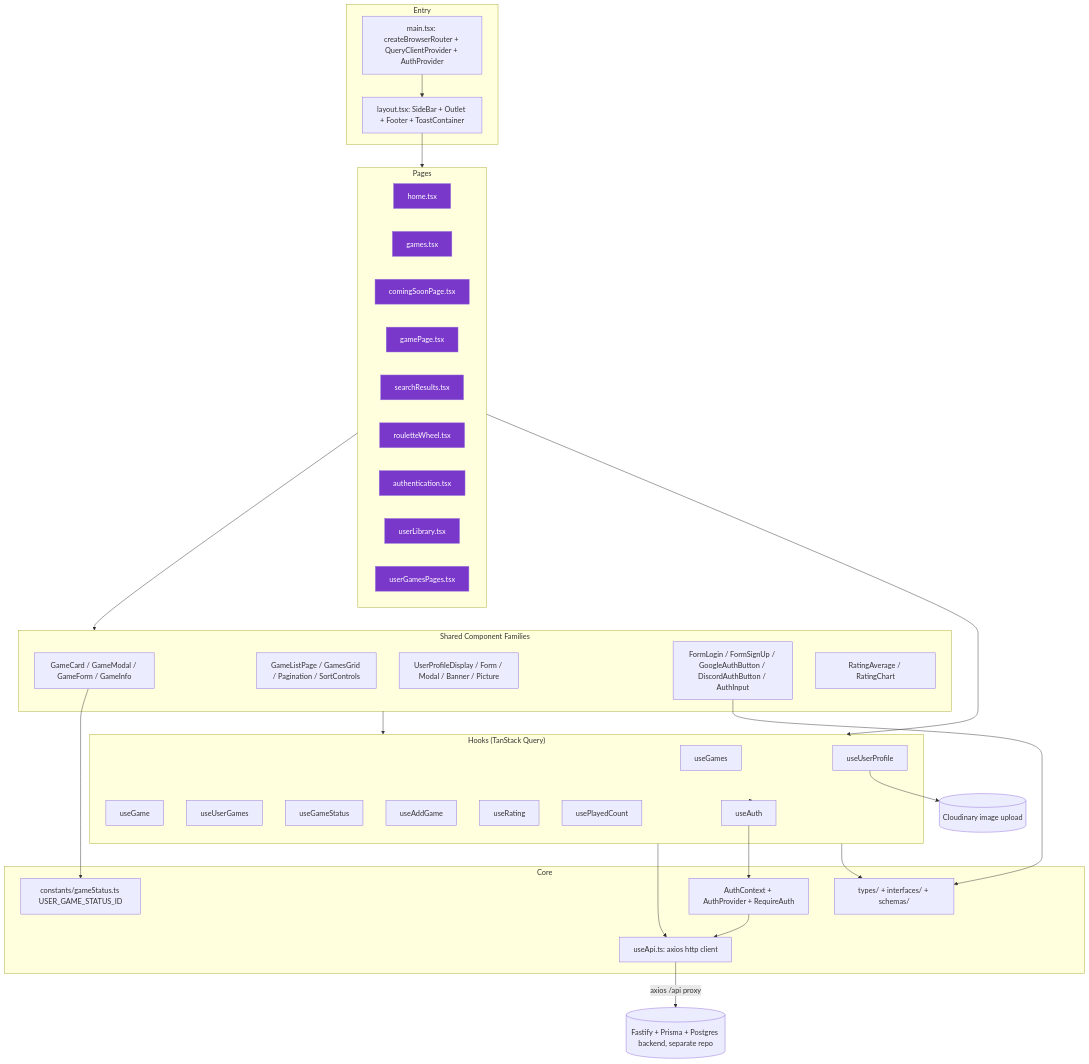
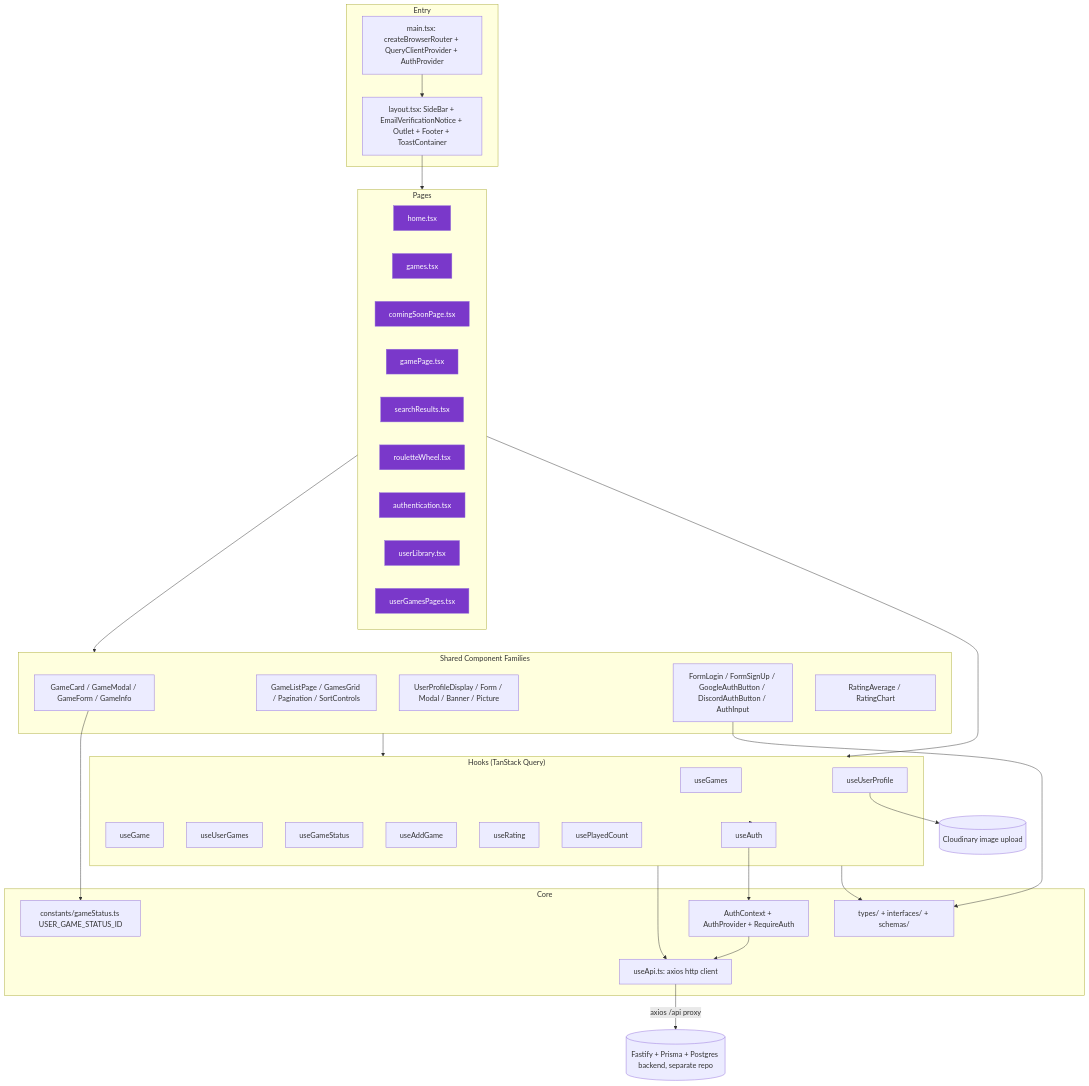
Before and after one commit to MathQuente/lib-front-end: the first of 2 diagrams in docs/CODEBASE_MAP.md, drawn with Mermaid. The commit also changed other lines of this file and 9 other files, not shown here.

````diff
--- a/docs/CODEBASE_MAP.md
+++ b/docs/CODEBASE_MAP.md
@@ -15,65 +15,65 @@
 ```mermaid
 graph TD
   subgraph Entry
     main[main.tsx: createBrowserRouter + QueryClientProvider + AuthProvider]
-    layout[layout.tsx: SideBar + Outlet + Footer + ToastContainer]
+    layout[layout.tsx: SideBar + EmailVerificationNotice + Outlet + Footer + ToastContainer]
   end
 
   subgraph Pages
     home[home.tsx]
     games[games.tsx]
     comingSoon[comingSoonPage.tsx]
     gamePage[gamePage.tsx]
     search[searchResults.tsx]
     roulette[rouletteWheel.tsx]
     auth[authentication.tsx]
     userLib[userLibrary.tsx]
     userLibStatus[userGamesPages.tsx]
   end
 
   subgraph SharedComponents["Shared Component Families"]
     gameFamily["GameCard / GameModal / GameForm / GameInfo"]
     listFamily["GameListPage / GamesGrid / Pagination / SortControls"]
     userProfileFamily["UserProfileDisplay / Form / Modal / Banner / Picture"]
     authForms["FormLogin / FormSignUp / GoogleAuthButton / DiscordAuthButton / AuthInput"]
     ratingFamily["RatingAverage / RatingChart"]
   end
 
   subgraph Hooks["Hooks (TanStack Query)"]
     useGames_h[useGames]
     useGame_h[useGame]
     useUserGames_h[useUserGames]
     useGameStatus_h[useGameStatus]
     useAddGame_h[useAddGame]
     useRating_h[useRating]
     usePlayedCount_h[usePlayedCount]
     useUserProfile_h[useUserProfile]
     useAuth_h[useAuth]
   end
 
   subgraph Core
     api[useApi.ts: axios http client]
     authCtx[AuthContext + AuthProvider + RequireAuth]
     constants[constants/gameStatus.ts USER_GAME_STATUS_ID]
     types[types/ + interfaces/ + schemas/]
   end
 
   backend[(Fastify + Prisma + Postgres backend, separate repo)]
   cloudinary[(Cloudinary image upload)]
 
   main --> layout --> Pages
   Pages --> SharedComponents
   SharedComponents --> Hooks
   Pages --> Hooks
   Hooks --> api
   Hooks --> useAuth_h --> authCtx
   authCtx --> api
   api -->|axios /api proxy| backend
   useUserProfile_h --> cloudinary
   gameFamily --> constants
   authForms --> types
   Hooks --> types
 
   classDef page fill:#7A38CA,color:#fff;
   class home,games,comingSoon,gamePage,search,roulette,auth,userLib,userLibStatus page;
 ```
````
